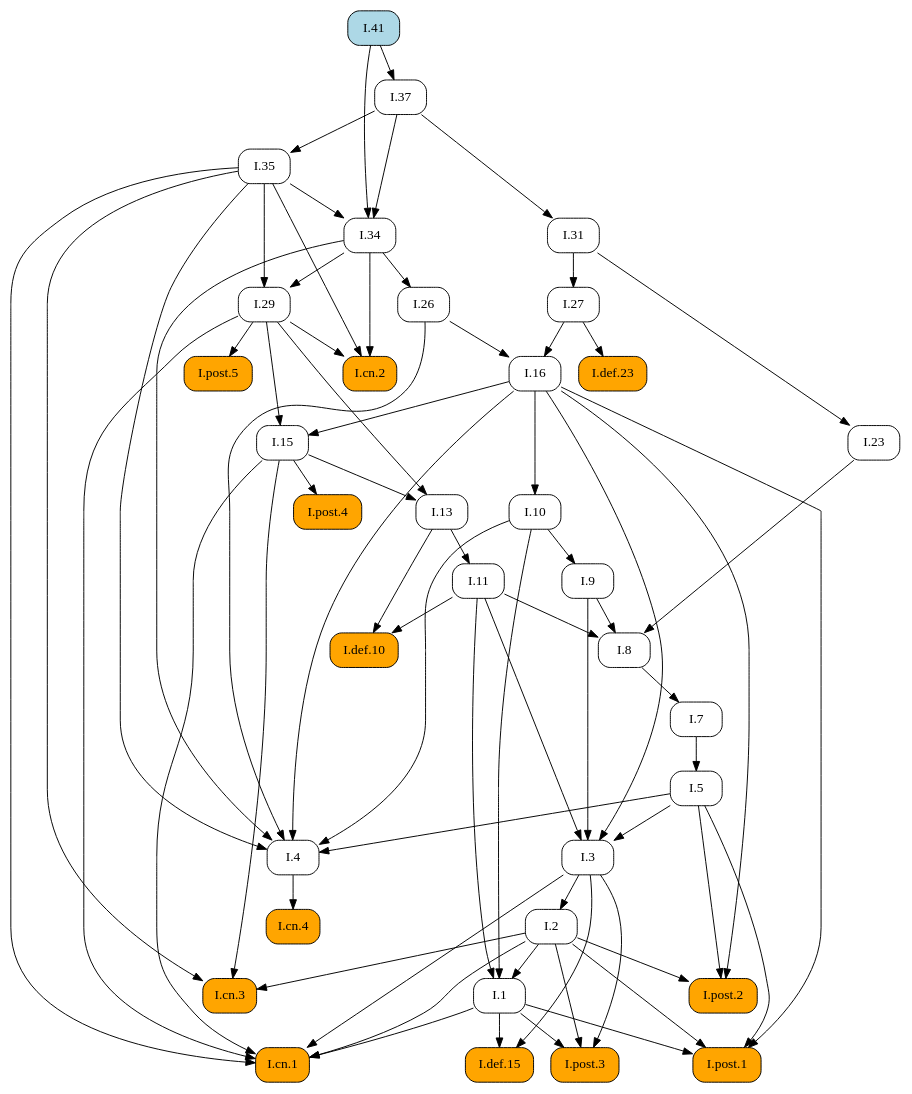
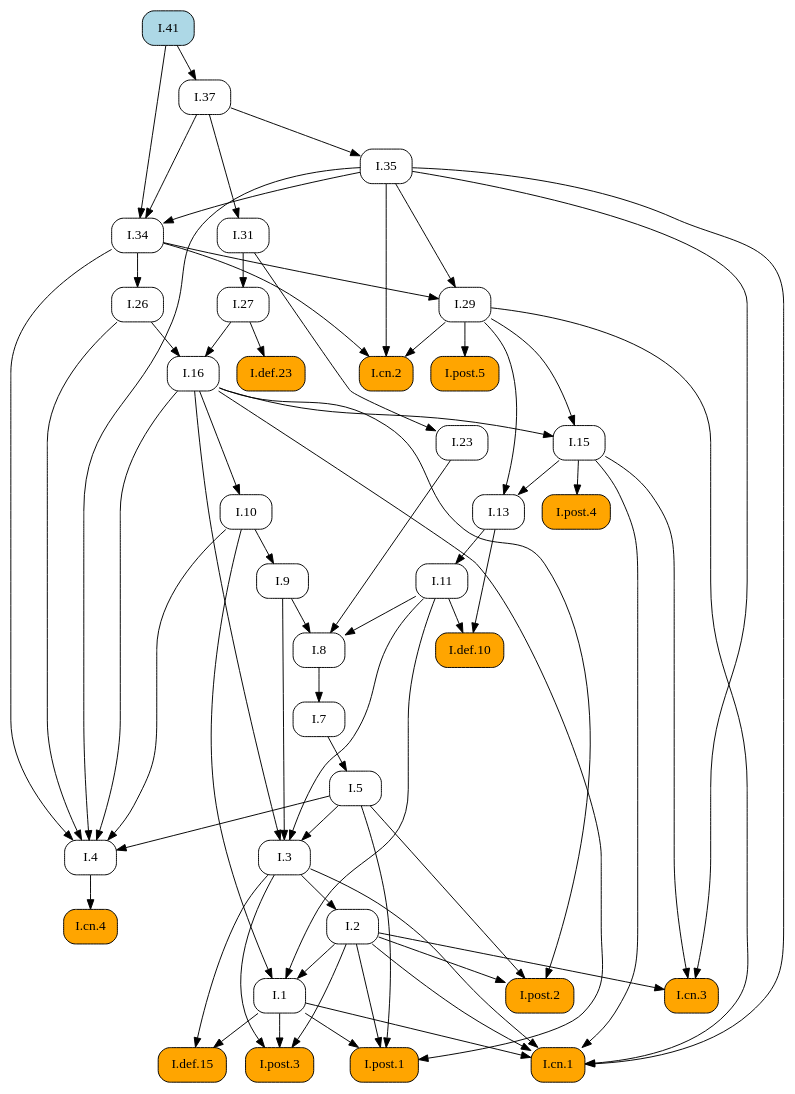
One commit to geometor/elements changed the diagram in docsrc/heath/I/41/index.rst. Above: the diagram before and after it, drawn with Graphviz. The commit also changed other lines of this file and 1029 other files, not shown here.

```diff
--- a/docsrc/heath/I/41/index.rst
+++ b/docsrc/heath/I/41/index.rst
@@ -43,107 +43,107 @@
    digraph {
      rankdir="TB";
      node [shape=box, style=rounded];
+     "I.def.10" [style="rounded,filled", fillcolor=orange, URL="/heath/I/def.10/", target="_top"];
+     "I.11" [URL="/heath/I/11/", target="_top"];
+     "I.post.4" [style="rounded,filled", fillcolor=orange, URL="/heath/I/post.4/", target="_top"];
+     "I.1" [URL="/heath/I/1/", target="_top"];
+     "I.26" [URL="/heath/I/26/", target="_top"];
+     "I.29" [URL="/heath/I/29/", target="_top"];
+     "I.cn.2" [style="rounded,filled", fillcolor=orange, URL="/heath/I/cn.2/", target="_top"];
+     "I.def.15" [style="rounded,filled", fillcolor=orange, URL="/heath/I/def.15/", target="_top"];
+     "I.post.3" [style="rounded,filled", fillcolor=orange, URL="/heath/I/post.3/", target="_top"];
+     "I.cn.1" [style="rounded,filled", fillcolor=orange, URL="/heath/I/cn.1/", target="_top"];
      "I.cn.3" [style="rounded,filled", fillcolor=orange, URL="/heath/I/cn.3/", target="_top"];
-     "I.29" [URL="/heath/I/29/", target="_top"];
+     "I.23" [URL="/heath/I/23/", target="_top"];
+     "I.post.1" [style="rounded,filled", fillcolor=orange, URL="/heath/I/post.1/", target="_top"];
+     "I.35" [URL="/heath/I/35/", target="_top"];
+     "I.41" [style="rounded,filled", fillcolor=lightblue, URL="/heath/I/41/", target="_top"];
+     "I.27" [URL="/heath/I/27/", target="_top"];
+     "I.37" [URL="/heath/I/37/", target="_top"];
+     "I.34" [URL="/heath/I/34/", target="_top"];
+     "I.3" [URL="/heath/I/3/", target="_top"];
      "I.7" [URL="/heath/I/7/", target="_top"];
-     "I.27" [URL="/heath/I/27/", target="_top"];
+     "I.2" [URL="/heath/I/2/", target="_top"];
+     "I.4" [URL="/heath/I/4/", target="_top"];
      "I.def.23" [style="rounded,filled", fillcolor=orange, URL="/heath/I/def.23/", target="_top"];
-     "I.34" [URL="/heath/I/34/", target="_top"];
+     "I.13" [URL="/heath/I/13/", target="_top"];
+     "I.31" [URL="/heath/I/31/", target="_top"];
+     "I.post.2" [style="rounded,filled", fillcolor=orange, URL="/heath/I/post.2/", target="_top"];
+     "I.16" [URL="/heath/I/16/", target="_top"];
+     "I.9" [URL="/heath/I/9/", target="_top"];
      "I.8" [URL="/heath/I/8/", target="_top"];
-     "I.9" [URL="/heath/I/9/", target="_top"];
-     "I.post.4" [style="rounded,filled", fillcolor=orange, URL="/heath/I/post.4/", target="_top"];
-     "I.2" [URL="/heath/I/2/", target="_top"];
-     "I.def.15" [style="rounded,filled", fillcolor=orange, URL="/heath/I/def.15/", target="_top"];
-     "I.1" [URL="/heath/I/1/", target="_top"];
-     "I.post.1" [style="rounded,filled", fillcolor=orange, URL="/heath/I/post.1/", target="_top"];
      "I.cn.4" [style="rounded,filled", fillcolor=orange, URL="/heath/I/cn.4/", target="_top"];
-     "I.26" [URL="/heath/I/26/", target="_top"];
-     "I.23" [URL="/heath/I/23/", target="_top"];
-     "I.13" [URL="/heath/I/13/", target="_top"];
-     "I.cn.2" [style="rounded,filled", fillcolor=orange, URL="/heath/I/cn.2/", target="_top"];
+     "I.15" [URL="/heath/I/15/", target="_top"];
+     "I.post.5" [style="rounded,filled", fillcolor=orange, URL="/heath/I/post.5/", target="_top"];
+     "I.10" [URL="/heath/I/10/", target="_top"];
      "I.5" [URL="/heath/I/5/", target="_top"];
-     "I.11" [URL="/heath/I/11/", target="_top"];
-     "I.10" [URL="/heath/I/10/", target="_top"];
-     "I.4" [URL="/heath/I/4/", target="_top"];
-     "I.3" [URL="/heath/I/3/", target="_top"];
-     "I.16" [URL="/heath/I/16/", target="_top"];
-     "I.31" [URL="/heath/I/31/", target="_top"];
-     "I.def.10" [style="rounded,filled", fillcolor=orange, URL="/heath/I/def.10/", target="_top"];
-     "I.post.2" [style="rounded,filled", fillcolor=orange, URL="/heath/I/post.2/", target="_top"];
-     "I.post.3" [style="rounded,filled", fillcolor=orange, URL="/heath/I/post.3/", target="_top"];
-     "I.post.5" [style="rounded,filled", fillcolor=orange, URL="/heath/I/post.5/", target="_top"];
-     "I.35" [URL="/heath/I/35/", target="_top"];
-     "I.15" [URL="/heath/I/15/", target="_top"];
-     "I.cn.1" [style="rounded,filled", fillcolor=orange, URL="/heath/I/cn.1/", target="_top"];
-     "I.41" [style="rounded,filled", fillcolor=lightblue, URL="/heath/I/41/", target="_top"];
-     "I.37" [URL="/heath/I/37/", target="_top"];
+     "I.11" -> "I.def.10";
+     "I.13" -> "I.def.10";
+     "I.13" -> "I.11";
+     "I.15" -> "I.post.4";
+     "I.2" -> "I.1";
+     "I.10" -> "I.1";
+     "I.11" -> "I.1";
+     "I.34" -> "I.26";
+     "I.34" -> "I.29";
+     "I.35" -> "I.29";
+     "I.29" -> "I.cn.2";
+     "I.34" -> "I.cn.2";
+     "I.35" -> "I.cn.2";
+     "I.1" -> "I.def.15";
+     "I.3" -> "I.def.15";
+     "I.1" -> "I.post.3";
+     "I.2" -> "I.post.3";
+     "I.3" -> "I.post.3";
+     "I.1" -> "I.cn.1";
+     "I.2" -> "I.cn.1";
+     "I.3" -> "I.cn.1";
+     "I.15" -> "I.cn.1";
+     "I.29" -> "I.cn.1";
+     "I.35" -> "I.cn.1";
      "I.2" -> "I.cn.3";
      "I.15" -> "I.cn.3";
      "I.35" -> "I.cn.3";
-     "I.34" -> "I.29";
-     "I.35" -> "I.29";
-     "I.8" -> "I.7";
-     "I.31" -> "I.27";
-     "I.27" -> "I.def.23";
-     "I.35" -> "I.34";
-     "I.37" -> "I.34";
-     "I.41" -> "I.34";
-     "I.9" -> "I.8";
-     "I.11" -> "I.8";
-     "I.23" -> "I.8";
-     "I.10" -> "I.9";
-     "I.15" -> "I.post.4";
-     "I.3" -> "I.2";
-     "I.1" -> "I.def.15";
-     "I.3" -> "I.def.15";
-     "I.2" -> "I.1";
-     "I.10" -> "I.1";
-     "I.11" -> "I.1";
+     "I.31" -> "I.23";
      "I.1" -> "I.post.1";
      "I.2" -> "I.post.1";
      "I.5" -> "I.post.1";
      "I.16" -> "I.post.1";
-     "I.4" -> "I.cn.4";
-     "I.34" -> "I.26";
-     "I.31" -> "I.23";
-     "I.15" -> "I.13";
-     "I.29" -> "I.13";
-     "I.29" -> "I.cn.2";
-     "I.34" -> "I.cn.2";
-     "I.35" -> "I.cn.2";
-     "I.7" -> "I.5";
-     "I.13" -> "I.11";
-     "I.16" -> "I.10";
+     "I.37" -> "I.35";
+     "I.31" -> "I.27";
+     "I.41" -> "I.37";
+     "I.35" -> "I.34";
+     "I.37" -> "I.34";
+     "I.41" -> "I.34";
+     "I.5" -> "I.3";
+     "I.9" -> "I.3";
+     "I.11" -> "I.3";
+     "I.16" -> "I.3";
+     "I.8" -> "I.7";
+     "I.3" -> "I.2";
      "I.5" -> "I.4";
      "I.10" -> "I.4";
      "I.16" -> "I.4";
      "I.26" -> "I.4";
      "I.34" -> "I.4";
      "I.35" -> "I.4";
-     "I.5" -> "I.3";
-     "I.9" -> "I.3";
-     "I.11" -> "I.3";
-     "I.16" -> "I.3";
-     "I.26" -> "I.16";
-     "I.27" -> "I.16";
+     "I.27" -> "I.def.23";
+     "I.15" -> "I.13";
+     "I.29" -> "I.13";
      "I.37" -> "I.31";
-     "I.11" -> "I.def.10";
-     "I.13" -> "I.def.10";
      "I.2" -> "I.post.2";
      "I.5" -> "I.post.2";
      "I.16" -> "I.post.2";
-     "I.1" -> "I.post.3";
-     "I.2" -> "I.post.3";
-     "I.3" -> "I.post.3";
-     "I.29" -> "I.post.5";
-     "I.37" -> "I.35";
+     "I.26" -> "I.16";
+     "I.27" -> "I.16";
+     "I.10" -> "I.9";
+     "I.9" -> "I.8";
+     "I.11" -> "I.8";
+     "I.23" -> "I.8";
+     "I.4" -> "I.cn.4";
      "I.16" -> "I.15";
      "I.29" -> "I.15";
-     "I.1" -> "I.cn.1";
-     "I.2" -> "I.cn.1";
-     "I.3" -> "I.cn.1";
-     "I.15" -> "I.cn.1";
-     "I.29" -> "I.cn.1";
-     "I.35" -> "I.cn.1";
-     "I.41" -> "I.37";
+     "I.29" -> "I.post.5";
+     "I.16" -> "I.10";
+     "I.7" -> "I.5";
    }
```
